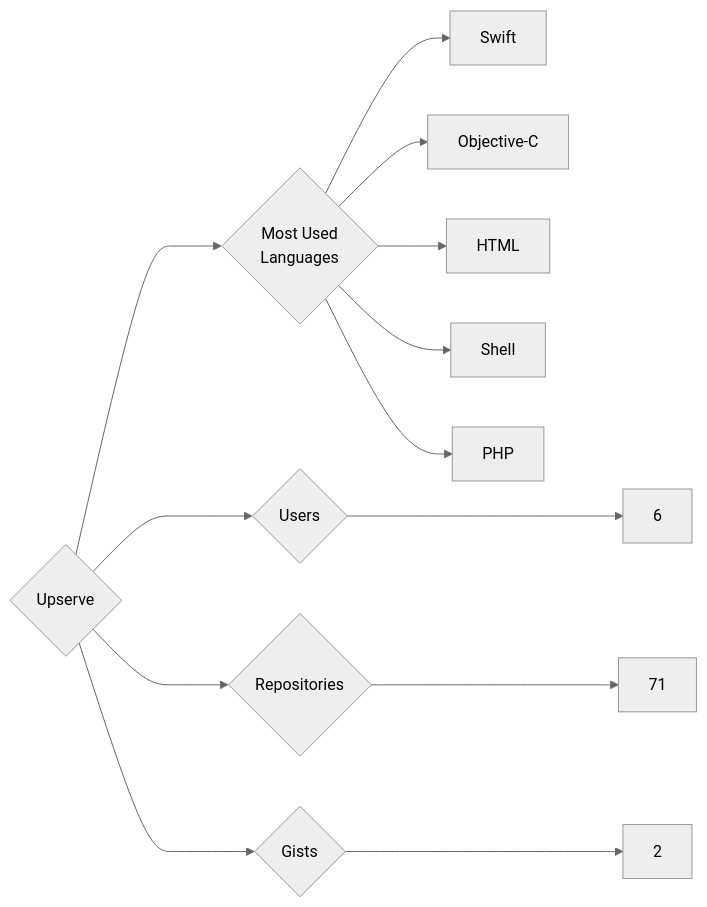
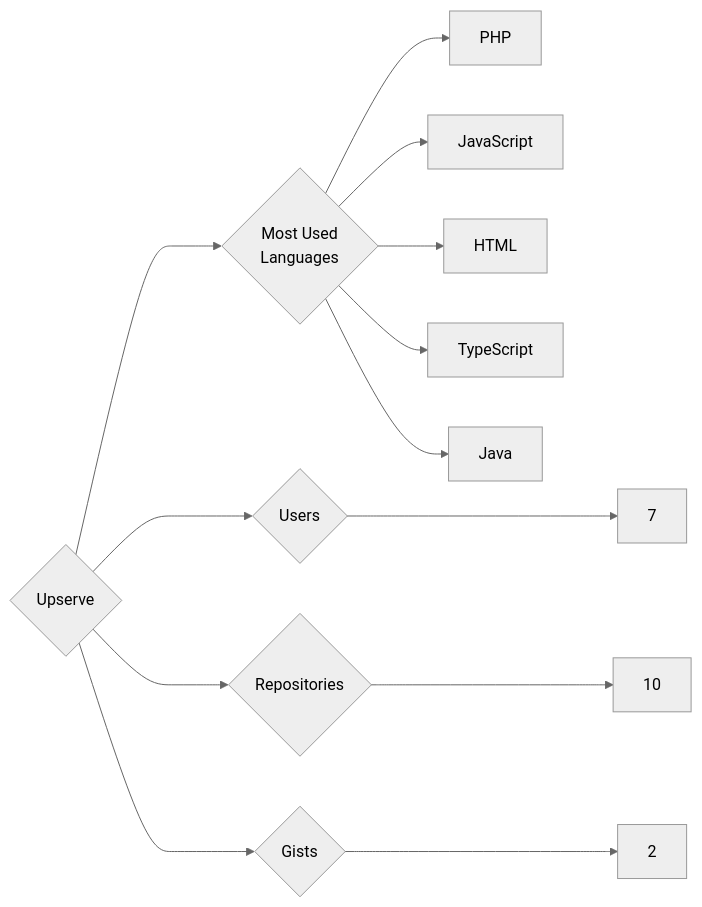
Before and after one commit to trickest/insiders: the diagram in targets/Upserve/README.md, drawn with Mermaid (neutral theme). The commit also changed 878 other files, not shown here.

````diff
--- a/targets/Upserve/README.md
+++ b/targets/Upserve/README.md
@@ -3,13 +3,13 @@
 ```mermaid
 graph LR
 COMPANY_NAME{Upserve}
-COMPANY_NAME ---> U{Users} ---> UN[6]
-COMPANY_NAME ---> R{Repositories} ---> RN[71]
+COMPANY_NAME ---> U{Users} ---> UN[7]
+COMPANY_NAME ---> R{Repositories} ---> RN[10]
 COMPANY_NAME ---> G{Gists} ---> GN[2]
 COMPANY_NAME ---> ML{Most Used<br>Languages}
-ML --> Swift[Swift]
-ML --> Objective-C[Objective-C]
+ML --> PHP[PHP]
+ML --> JavaScript[JavaScript]
 ML --> HTML[HTML]
-ML --> Shell[Shell]
-ML --> PHP[PHP]
+ML --> TypeScript[TypeScript]
+ML --> Java[Java]
 ```
````
